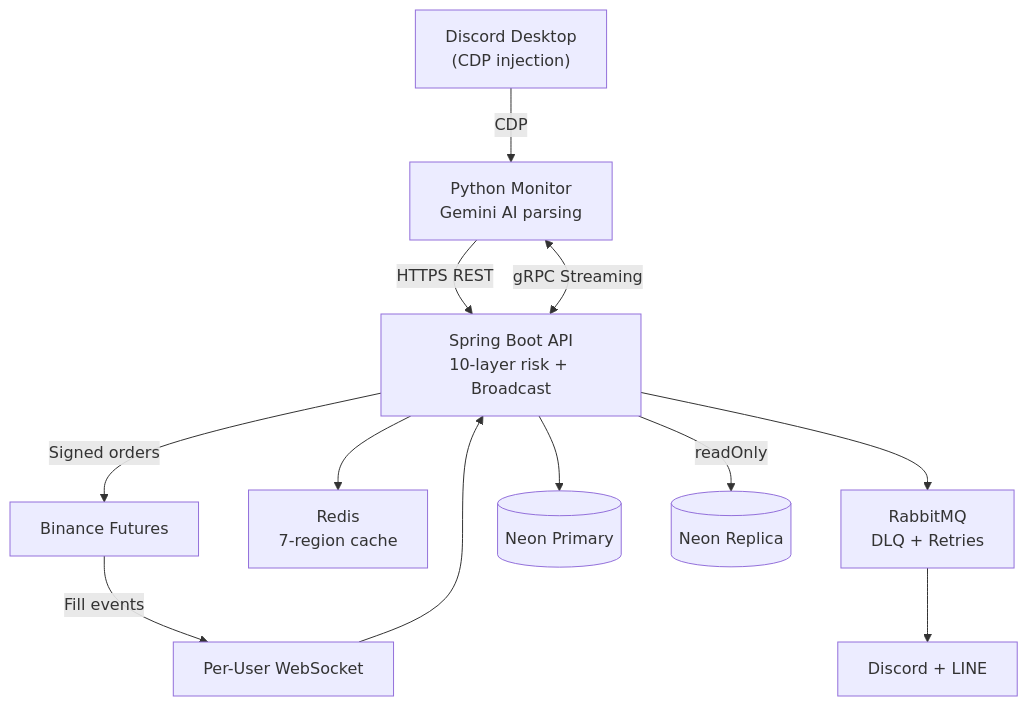
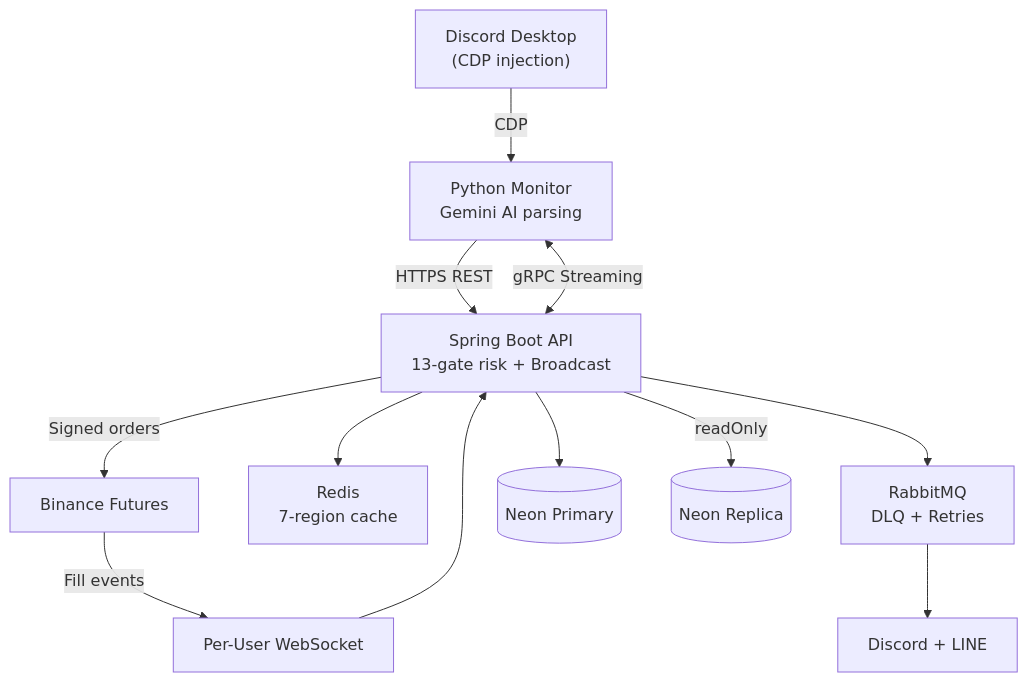
Before and after one commit to justinhsu1477/crypto-signal-trader: the diagram in README.en.md, drawn with Mermaid. The commit also changed other lines of this file and 1 other file, not shown here.

First line of the commit message:
docs(readme): 改寫 — 補 hero sections / 展開 13-gate 風控 / 精簡冗餘

````diff
--- a/README.en.md
+++ b/README.en.md
@@ -80,23 +136,23 @@
 ```mermaid
 graph TD
     Discord["Discord Desktop<br/>(CDP injection)"]
     Monitor["Python Monitor<br/>Gemini AI parsing"]
-    API["Spring Boot API<br/>10-layer risk + Broadcast"]
+    API["Spring Boot API<br/>13-gate risk + Broadcast"]
     RMQ["RabbitMQ<br/>DLQ + Retries"]
     Redis["Redis<br/>7-region cache"]
     Binance["Binance Futures"]
     WS["Per-User WebSocket"]
     Primary[("Neon Primary")]
     Replica[("Neon Replica")]
     Notify["Discord + LINE"]
 
     Discord -->|CDP| Monitor
     Monitor -->|HTTPS REST| API
     API <-->|gRPC Streaming| Monitor
     API -->|Signed orders| Binance
     Binance -->|Fill events| WS --> API
     API --> Primary
     API -->|readOnly| Replica
     API --> Redis
     API --> RMQ --> Notify
 ```
````
